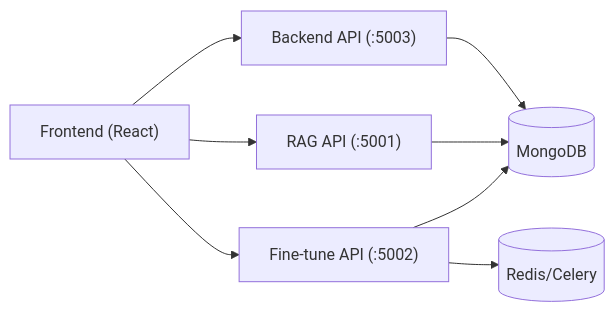
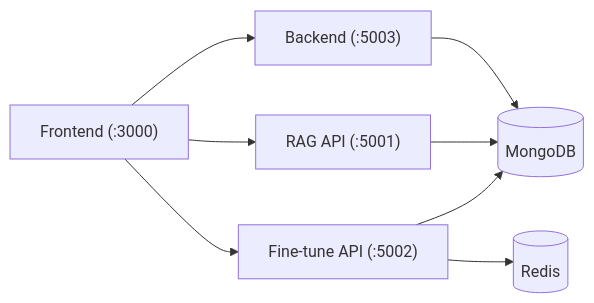
One commit to haseebraza715/EngageMind changed the first of 2 diagrams in README.md. Above: the diagram before and after it, drawn with Mermaid. The commit also changed other lines of this file, not shown here.

Commit message:
docs: tighten root readme and add architecture flow diagram

````diff
--- a/README.md
+++ b/README.md
@@ -22,10 +20,10 @@
 ```mermaid
 flowchart LR
-  FE["Frontend (React)"] --> BE["Backend API (:5003)"]
+  FE["Frontend (:3000)"] --> BE["Backend (:5003)"]
   FE --> RAG["RAG API (:5001)"]
   FE --> FT["Fine-tune API (:5002)"]
-  BE --> DB[("MongoDB")]
-  RAG --> DB
-  FT --> DB
-  FT --> REDIS[("Redis/Celery")]
+  BE --> MDB[("MongoDB")]
+  RAG --> MDB
+  FT --> MDB
+  FT --> REDIS[("Redis")]
 ```
````
